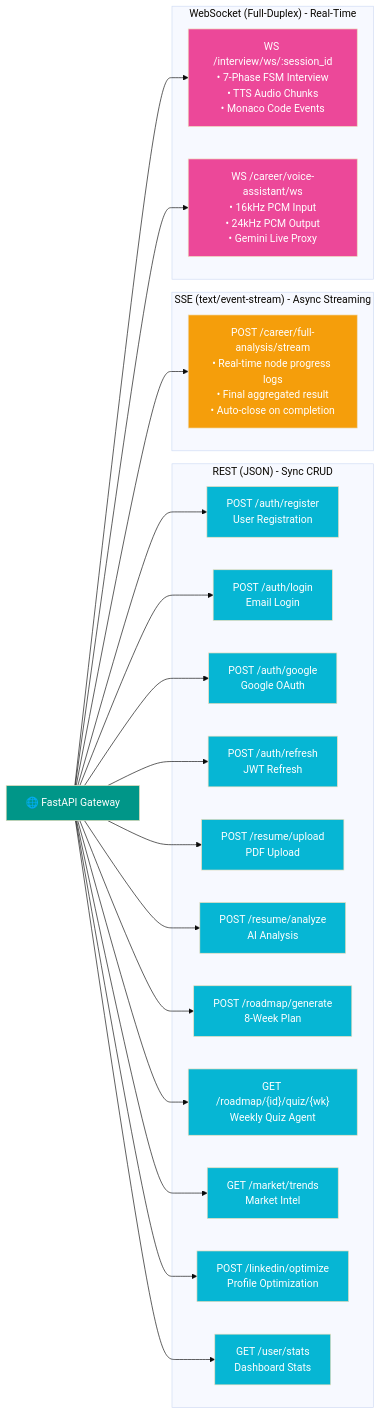
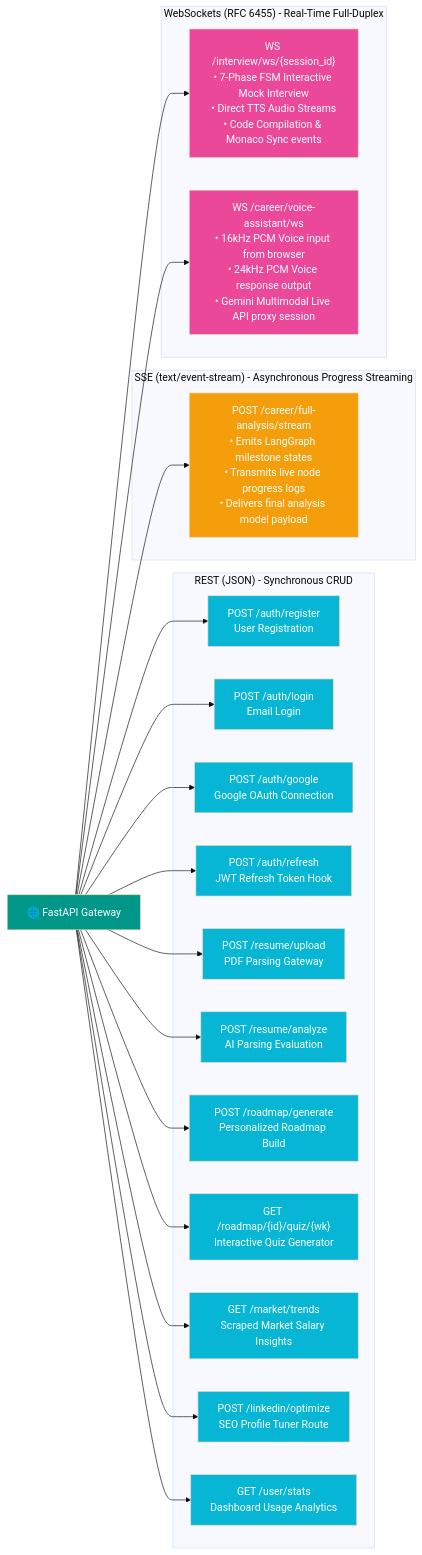
The second of 34 diagrams in documentation/ARCHITECTURE.md (Anil-Pradhan-web/ai-career-mentor), drawn with Mermaid (base theme) before and after one commit. The commit also changed other lines of this file, not shown here.

Commit message:
docs: rewrite high-level architecture section in ARCHITECTURE.md to match code implementation

````diff
--- a/documentation/ARCHITECTURE.md
+++ b/documentation/ARCHITECTURE.md
@@ -121,38 +151,38 @@
 ```mermaid
 graph LR
     classDef rest fill:#06b6d4,color:#fff
     classDef sse fill:#f59e0b,color:#fff
     classDef ws fill:#ec4899,color:#fff
 
-    subgraph "REST (JSON) - Sync CRUD"
+    subgraph "REST (JSON) - Synchronous CRUD"
         R1["POST /auth/register<br/>User Registration"]
         R2["POST /auth/login<br/>Email Login"]
-        R3["POST /auth/google<br/>Google OAuth"]
-        R4["POST /auth/refresh<br/>JWT Refresh"]
-        R5["POST /resume/upload<br/>PDF Upload"]
-        R6["POST /resume/analyze<br/>AI Analysis"]
-        R7["POST /roadmap/generate<br/>8-Week Plan"]
-        R7_Q["GET /roadmap/{id}/quiz/{wk}<br/>Weekly Quiz Agent"]
-        R8["GET /market/trends<br/>Market Intel"]
-        R9["POST /linkedin/optimize<br/>Profile Optimization"]
-        R10["GET /user/stats<br/>Dashboard Stats"]
+        R3["POST /auth/google<br/>Google OAuth Connection"]
+        R4["POST /auth/refresh<br/>JWT Refresh Token Hook"]
+        R5["POST /resume/upload<br/>PDF Parsing Gateway"]
+        R6["POST /resume/analyze<br/>AI Parsing Evaluation"]
+        R7["POST /roadmap/generate<br/>Personalized Roadmap Build"]
+        R7_Q["GET /roadmap/{id}/quiz/{wk}<br/>Interactive Quiz Generator"]
+        R8["GET /market/trends<br/>Scraped Market Salary Insights"]
+        R9["POST /linkedin/optimize<br/>SEO Profile Tuner Route"]
+        R10["GET /user/stats<br/>Dashboard Usage Analytics"]
     end
 
-    subgraph "SSE (text/event-stream) - Async Streaming"
-        S1["POST /career/full-analysis/stream<br/>• Real-time node progress logs<br/>• Final aggregated result<br/>• Auto-close on completion"]
+    subgraph "SSE (text/event-stream) - Asynchronous Progress Streaming"
+        S1["POST /career/full-analysis/stream<br/>• Emits LangGraph milestone states<br/>• Transmits live node progress logs<br/>• Delivers final analysis model payload"]
     end
 
-    subgraph "WebSocket (Full-Duplex) - Real-Time"
-        W1["WS /interview/ws/:session_id<br/>• 7-Phase FSM Interview<br/>• TTS Audio Chunks<br/>• Monaco Code Events"]
-        W2["WS /career/voice-assistant/ws<br/>• 16kHz PCM Input<br/>• 24kHz PCM Output<br/>• Gemini Live Proxy"]
+    subgraph "WebSockets (RFC 6455) - Real-Time Full-Duplex"
+        W1["WS /interview/ws/{session_id}<br/>• 7-Phase FSM Interactive Mock Interview<br/>• Direct TTS Audio Streams<br/>• Code Compilation & Monaco Sync events"]
+        W2["WS /career/voice-assistant/ws<br/>• 16kHz PCM Voice input from browser<br/>• 24kHz PCM Voice response output<br/>• Gemini Multimodal Live API proxy session"]
     end
 
     API["🌐 FastAPI Gateway"] --> R1 & R2 & R3 & R4 & R5 & R6 & R7 & R7_Q & R8 & R9 & R10
     API --> S1
     API --> W1 & W2
 
     style API fill:#009688,color:#fff
     class R1,R2,R3,R4,R5,R6,R7,R7_Q,R8,R9,R10 rest
     class S1 sse
     class W1,W2 ws
 ```
````
